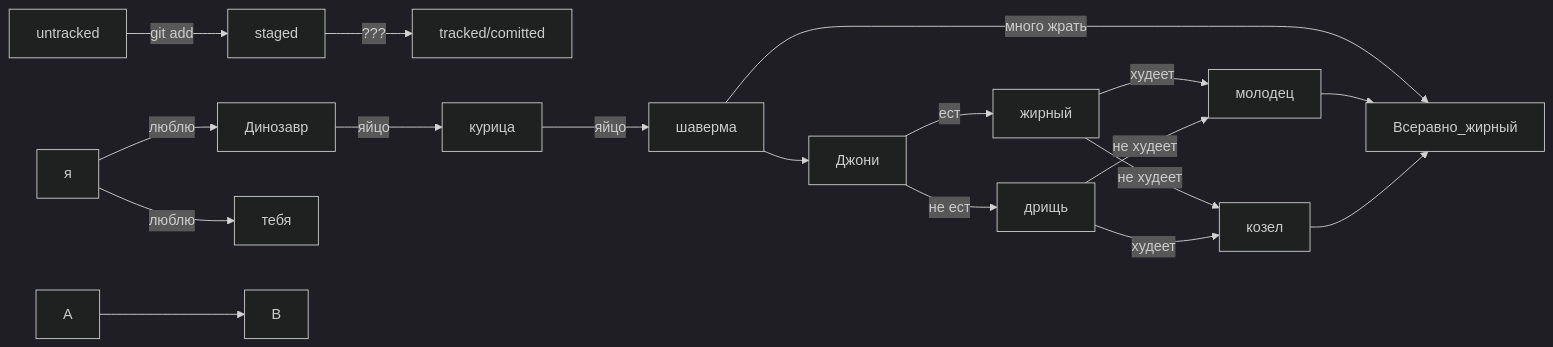
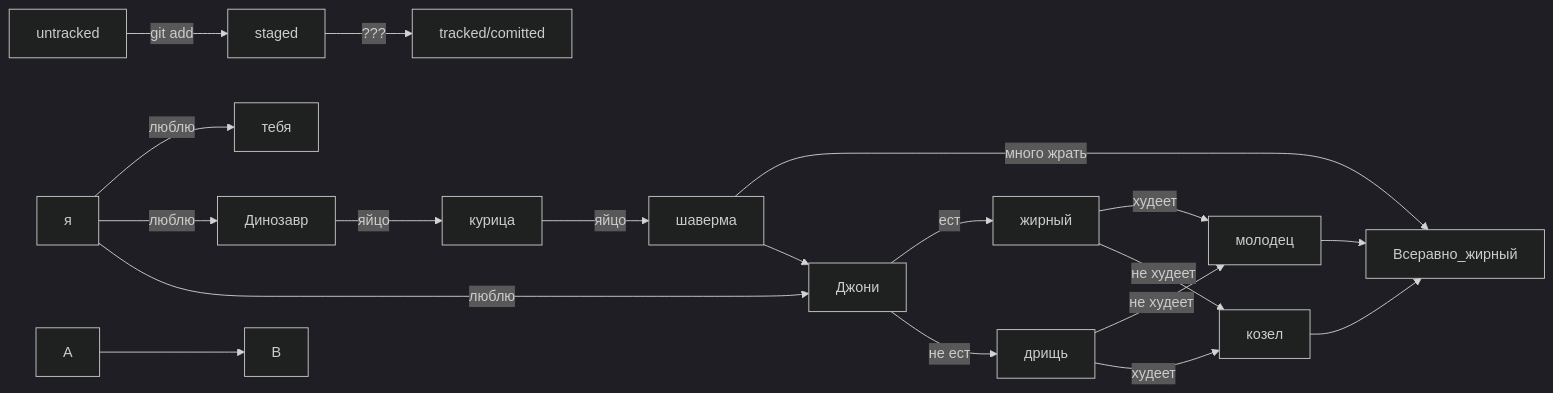
The diagram in Shpargalka.md (AleksandrLARUS/Shpargalka), drawn with Mermaid (dark theme) before and after one commit.

Commit message:
Финалить вывод 2

````diff
--- a/Shpargalka.md
+++ b/Shpargalka.md
@@ -153,19 +153,20 @@
 ```mermaid
 graph LR;
   untracked -- "git add" --> staged;
   staged    -- "???"     --> tracked/comitted;
   Динозавр -- "яйцо" --> курица -- "яйцо" --> шаверма;
   шаверма -- "много жрать" --> Всеравно_жирный;
   я -- "люблю" --> тебя;
   я -- "люблю" --> Динозавр;
+  я -- "люблю" --> Джони;
   шаверма --> Джони;
   Джони -- "ест" --> жирный -- "худеет" --> молодец;
   жирный -- "не худеет" --> козел;
   Джони -- "не ест" --> дрищь -- "не худеет" --> молодец;
   дрищь -- "худеет" --> козел;
   молодец --> Всеравно_жирный;
   козел --> Всеравно_жирный;
 
 %% стрелка без текста для примера: 
   A --> B;
 ```
````
